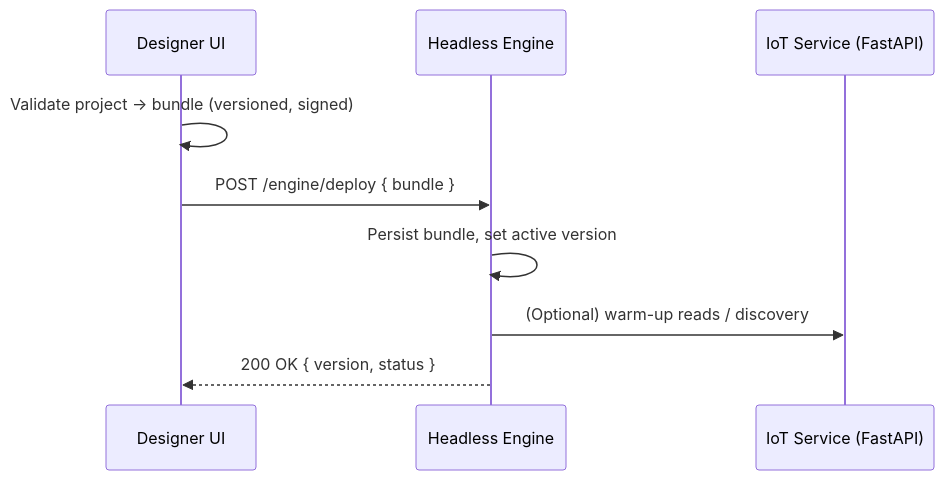
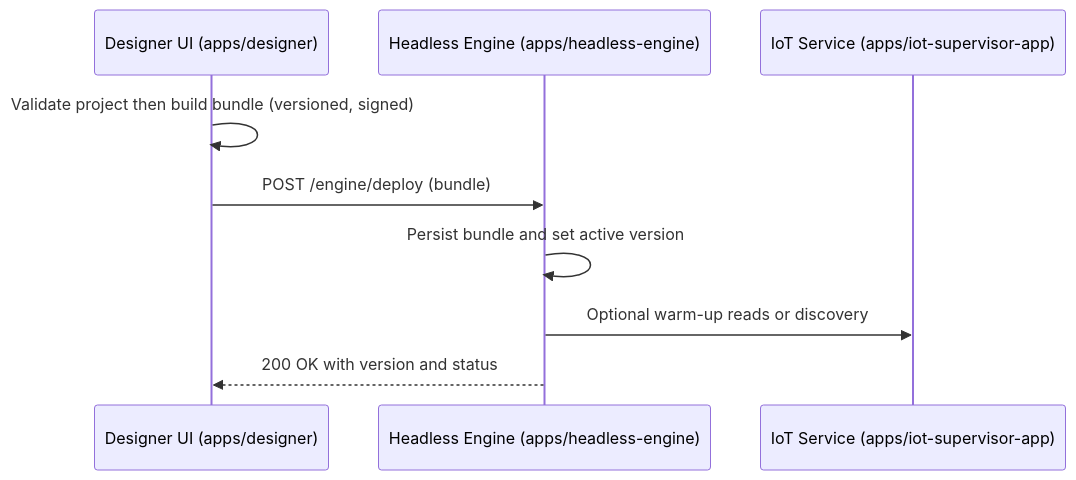
The third of 4 diagrams in docs/architecture.md (openbms-io/supervisor), drawn with Mermaid before and after one commit. The commit also changed other lines of this file, not shown here.

Commit message:
added architecture document

````diff
--- a/docs/architecture.md
+++ b/docs/architecture.md
@@ -159,12 +177,12 @@
 ```mermaid
 sequenceDiagram
-  participant UI as Designer UI
-  participant ENG as Headless Engine
-  participant PY as IoT Service (FastAPI)
+  participant UI as Designer UI (apps/designer)
+  participant ENG as Headless Engine (apps/headless-engine)
+  participant PY as IoT Service (apps/iot-supervisor-app)
 
-  UI->>UI: Validate project → bundle (versioned, signed)
-  UI->>ENG: POST /engine/deploy { bundle }
-  ENG->>ENG: Persist bundle, set active version
-  ENG->>PY: (Optional) warm-up reads / discovery
-  ENG-->>UI: 200 OK { version, status }
+  UI->>UI: Validate project then build bundle (versioned, signed)
+  UI->>ENG: POST /engine/deploy (bundle)
+  ENG->>ENG: Persist bundle and set active version
+  ENG->>PY: Optional warm-up reads or discovery
+  ENG-->>UI: 200 OK with version and status
 ```
````
